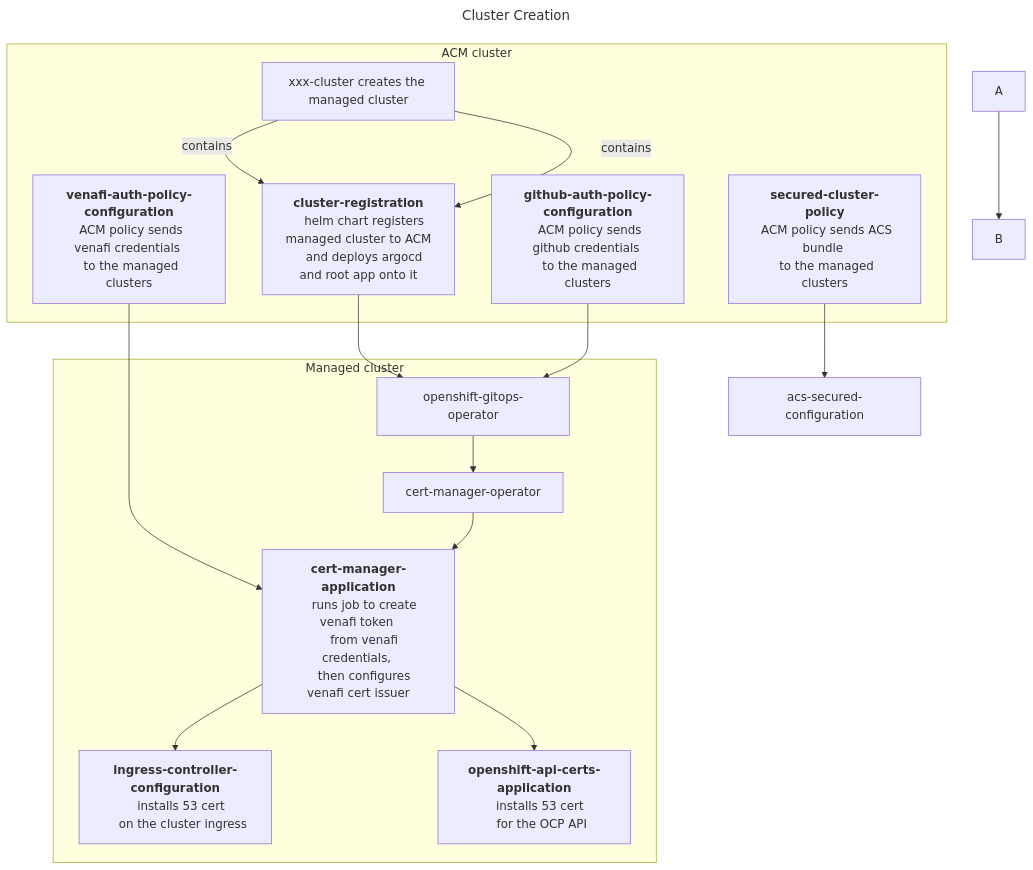
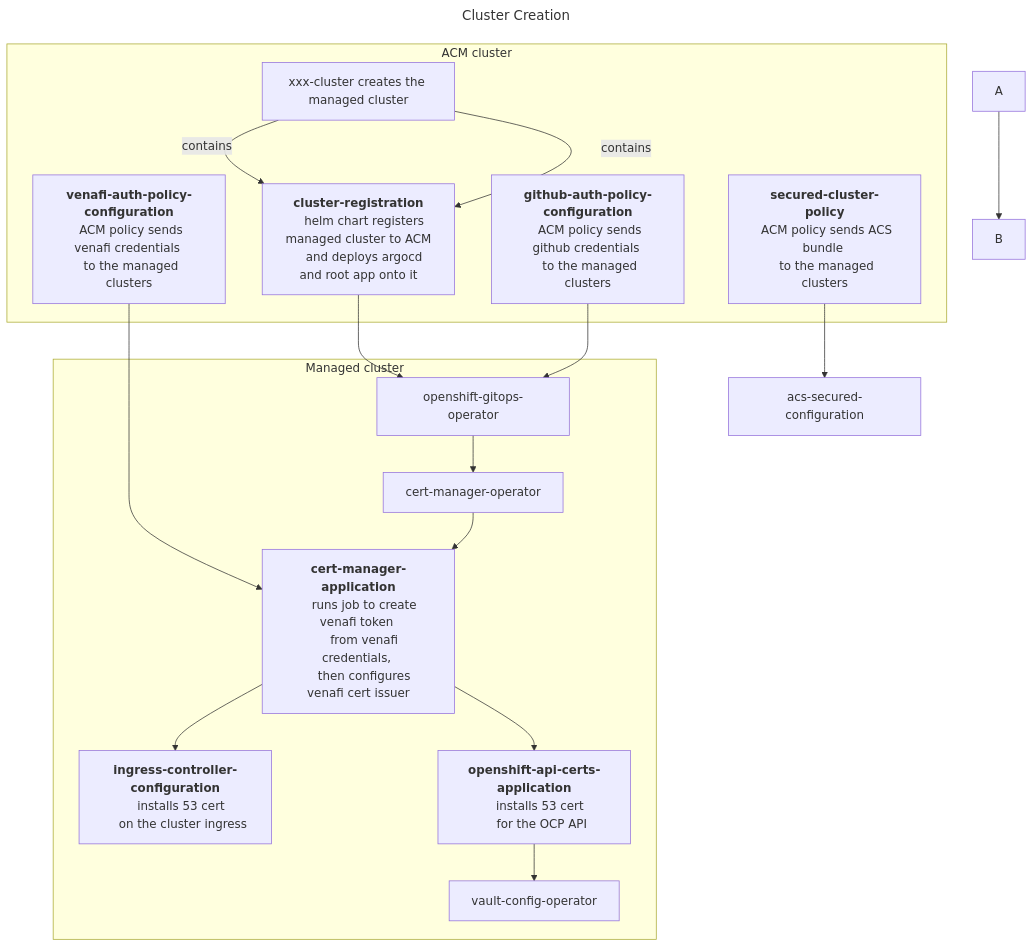
One commit to mmwillingham/acm changed the diagram in test-mermaid/test-mermaid.build.md. Above: the diagram before and after it, drawn with Mermaid. The commit also changed other lines of this file, not shown here.

````diff
--- a/test-mermaid/test-mermaid.build.md
+++ b/test-mermaid/test-mermaid.build.md
@@ -2,42 +2,42 @@
 ```mermaid
 ---
 title: Cluster Creation
 ---
 flowchart TD
 A --> B
 venafi-auth-policy-configuration --> cert-manager-application
 cluster-registration --> openshift-gitops-operator
 github-auth-policy-configuration --> openshift-gitops-operator
 secured-cluster-policy --> acs-secured-configuration
 subgraph ACM cluster
 xxx-cluster["xxx-cluster creates the managed cluster"] -- contains --> cluster-registration["<b>cluster-registration</b>
   helm chart registers managed cluster to ACM
   and deploys argocd and root app onto it"]
 venafi-auth-policy-configuration["<b>venafi-auth-policy-configuration</b>
   ACM policy sends venafi credentials 
   to the managed clusters"]
 github-auth-policy-configuration["<b>github-auth-policy-configuration</b>
   ACM policy sends github credentials 
   to the managed clusters"]
 secured-cluster-policy["<b>secured-cluster-policy</b>
   ACM policy sends ACS bundle 
   to the managed clusters"]
 end
 subgraph Managed cluster
 xxx-cluster["xxx-cluster creates the managed cluster"] -- contains --> cluster-registration["<b>cluster-registration</b>
     helm chart registers managed cluster to ACM
     and deploys argocd and root app onto it"]
 openshift-gitops-operator --> cert-manager-operator
 cert-manager-operator --> cert-manager-application["<b>cert-manager-application</b>
     runs job to create venafi token 
     from venafi credentials, 
     then configures venafi cert issuer"]
 cert-manager-application --> ingress-controller-configuration["<b>ingress-controller-configuration</b>
     installs 53 cert 
     on the cluster ingress"]
 cert-manager-application --> openshift-api-certs-application["<b>openshift-api-certs-application</b>
     installs 53 cert 
     for the OCP API"]    
-
+openshift-api-certs-application --> vault-config-operator
 end
 ```
````
